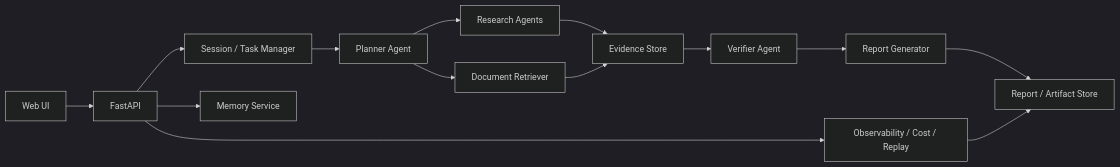
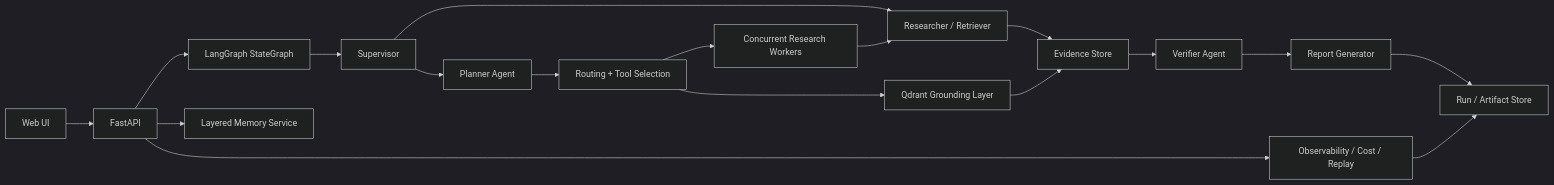
The diagram in docs/architecture.md (tangfire/agentic-research-copilot), drawn with Mermaid (dark theme) before and after one commit. The commit also changed other lines of this file and 61 other files, not shown here.

````diff
--- a/docs/architecture.md
+++ b/docs/architecture.md
@@ -9,16 +15,20 @@
 ```mermaid
 flowchart LR
   UI["Web UI"] --> API["FastAPI"]
-  API --> Session["Session / Task Manager"]
-  Session --> Planner["Planner Agent"]
-  Planner --> Search["Research Agents"]
-  Planner --> Retriever["Document Retriever"]
-  Search --> Evidence["Evidence Store"]
+  API --> Graph["LangGraph StateGraph"]
+  Graph --> Supervisor["Supervisor"]
+  Supervisor --> Planner["Planner Agent"]
+  Supervisor --> Research["Researcher / Retriever"]
+  Planner --> Routes["Routing + Tool Selection"]
+  Routes --> ParallelResearch["Concurrent Research Workers"]
+  ParallelResearch --> Research
+  Routes --> Retriever["Qdrant Grounding Layer"]
+  Research --> Evidence["Evidence Store"]
   Retriever --> Evidence
   Evidence --> Verifier["Verifier Agent"]
   Verifier --> Reporter["Report Generator"]
-  Reporter --> Storage["Report / Artifact Store"]
-  API --> Memory["Memory Service"]
+  Reporter --> Storage["Run / Artifact Store"]
+  API --> Memory["Layered Memory Service"]
   API --> Obs["Observability / Cost / Replay"]
   Obs --> Storage
 ```
````
